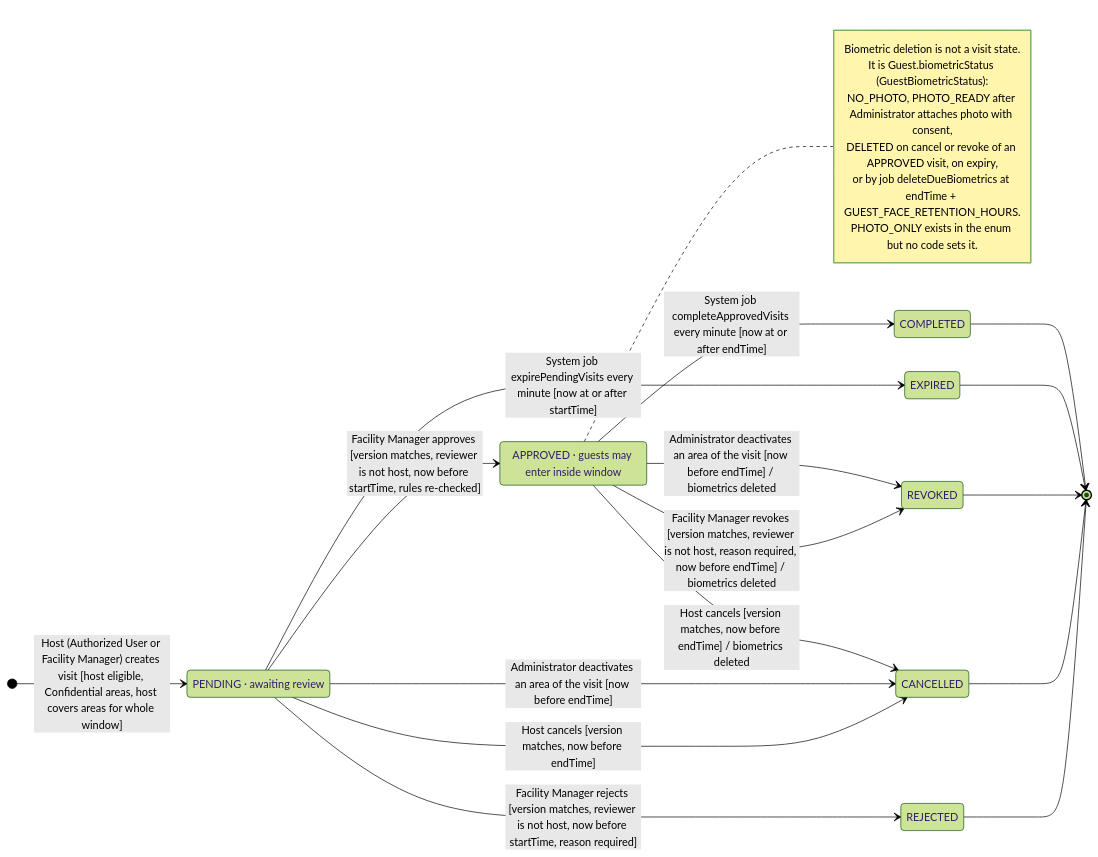
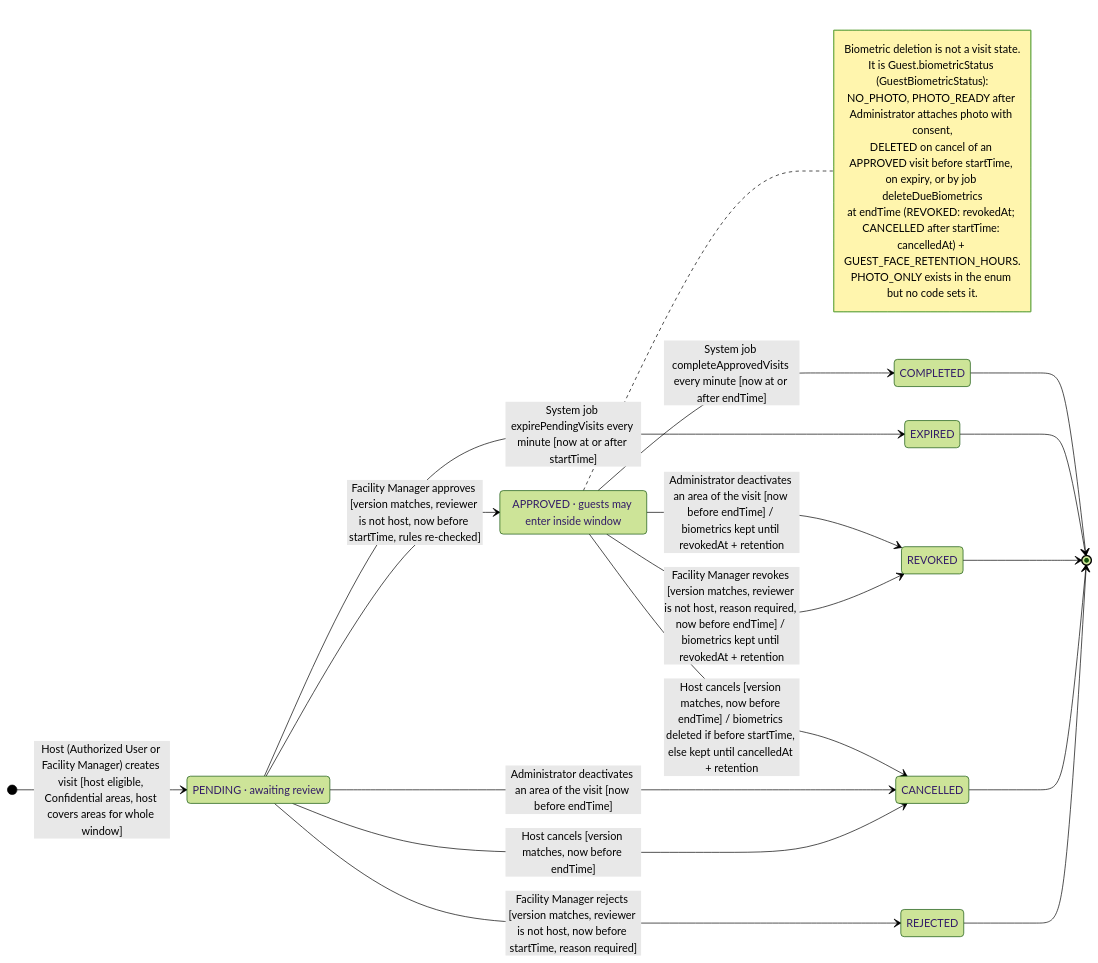
One commit to AnhHao2505/AI-Based-Intelligent-Campus-Security-Surveillance-System changed the diagram in docs/diagrams/state-guest-visit.mmd. Above: the diagram before and after it, drawn with Mermaid (forest theme). The commit also changed 17 other files, not shown here.

First line of the commit message:
Fix/guest biometric retention 72h (#265)

```diff
--- a/docs/diagrams/state-guest-visit.mmd
+++ b/docs/diagrams/state-guest-visit.mmd
@@ -1,39 +1,39 @@
 %% Title: SM-02 Guest visit lifecycle · Source: enums/GuestVisitStatus.java, service/GuestVisitService.java, service/GuestVisitJobService.java, scheduler/GuestVisitScheduler.java · Generated from main @ 84f5565
 stateDiagram-v2
     direction LR
 
     state "PENDING · awaiting review" as PENDING
     state "APPROVED · guests may enter inside window" as APPROVED
     state "REJECTED" as REJECTED
     state "CANCELLED" as CANCELLED
     state "REVOKED" as REVOKED
     state "EXPIRED" as EXPIRED
     state "COMPLETED" as COMPLETED
 
     [*] --> PENDING : Host (Authorized User or Facility Manager) creates visit [host eligible, Confidential areas, host covers areas for whole window]
 
     PENDING --> APPROVED : Facility Manager approves [version matches, reviewer is not host, now before startTime, rules re-checked]
     PENDING --> REJECTED : Facility Manager rejects [version matches, reviewer is not host, now before startTime, reason required]
     PENDING --> CANCELLED : Host cancels [version matches, now before endTime]
     PENDING --> CANCELLED : Administrator deactivates an area of the visit [now before endTime]
     PENDING --> EXPIRED : System job expirePendingVisits every minute [now at or after startTime]
 
-    APPROVED --> CANCELLED : Host cancels [version matches, now before endTime] / biometrics deleted
-    APPROVED --> REVOKED : Facility Manager revokes [version matches, reviewer is not host, reason required, now before endTime] / biometrics deleted
-    APPROVED --> REVOKED : Administrator deactivates an area of the visit [now before endTime] / biometrics deleted
+    APPROVED --> CANCELLED : Host cancels [version matches, now before endTime] / biometrics deleted if before startTime, else kept until cancelledAt + retention
+    APPROVED --> REVOKED : Facility Manager revokes [version matches, reviewer is not host, reason required, now before endTime] / biometrics kept until revokedAt + retention
+    APPROVED --> REVOKED : Administrator deactivates an area of the visit [now before endTime] / biometrics kept until revokedAt + retention
     APPROVED --> COMPLETED : System job completeApprovedVisits every minute [now at or after endTime]
 
     REJECTED --> [*]
     CANCELLED --> [*]
     REVOKED --> [*]
     EXPIRED --> [*]
     COMPLETED --> [*]
 
     note right of APPROVED
         Biometric deletion is not a visit state.
         It is Guest.biometricStatus (GuestBiometricStatus):
         NO_PHOTO, PHOTO_READY after Administrator attaches photo with consent,
-        DELETED on cancel or revoke of an APPROVED visit, on expiry,
-        or by job deleteDueBiometrics at endTime + GUEST_FACE_RETENTION_HOURS.
+        DELETED on cancel of an APPROVED visit before startTime, on expiry, or by job deleteDueBiometrics
+        at endTime (REVOKED: revokedAt; CANCELLED after startTime: cancelledAt) + GUEST_FACE_RETENTION_HOURS.
         PHOTO_ONLY exists in the enum but no code sets it.
     end note
```
